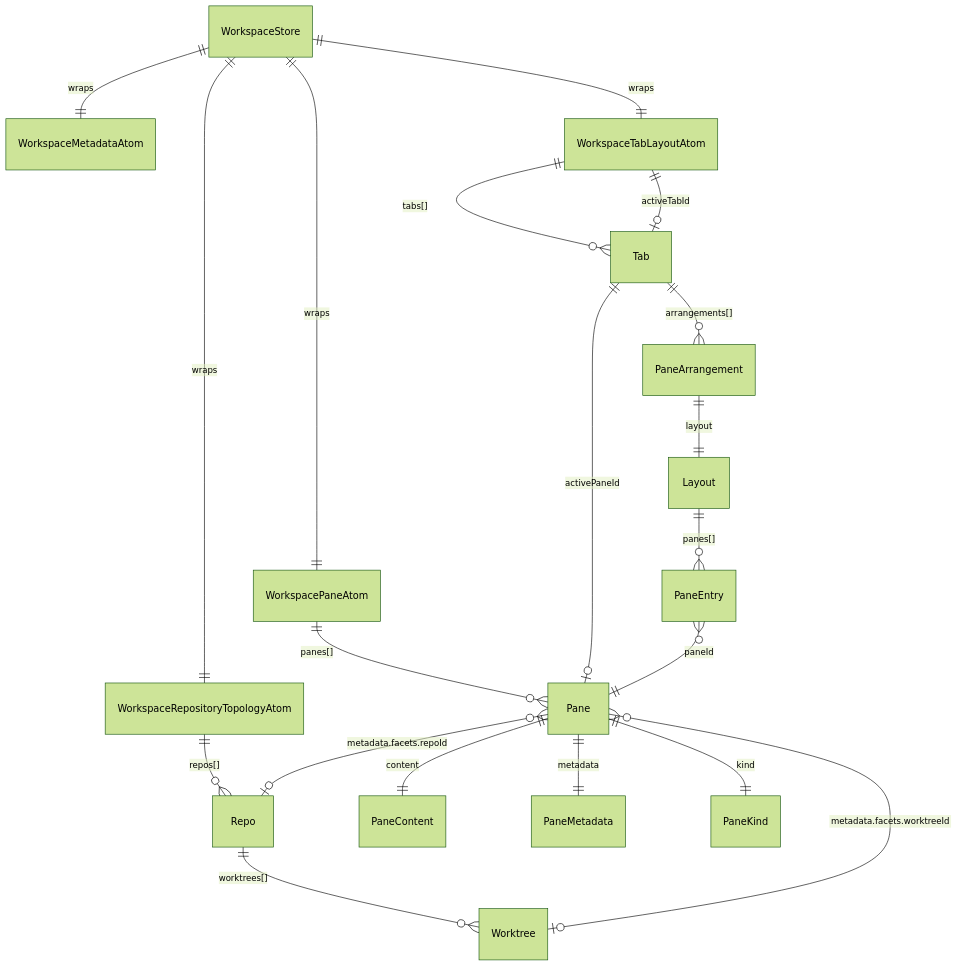
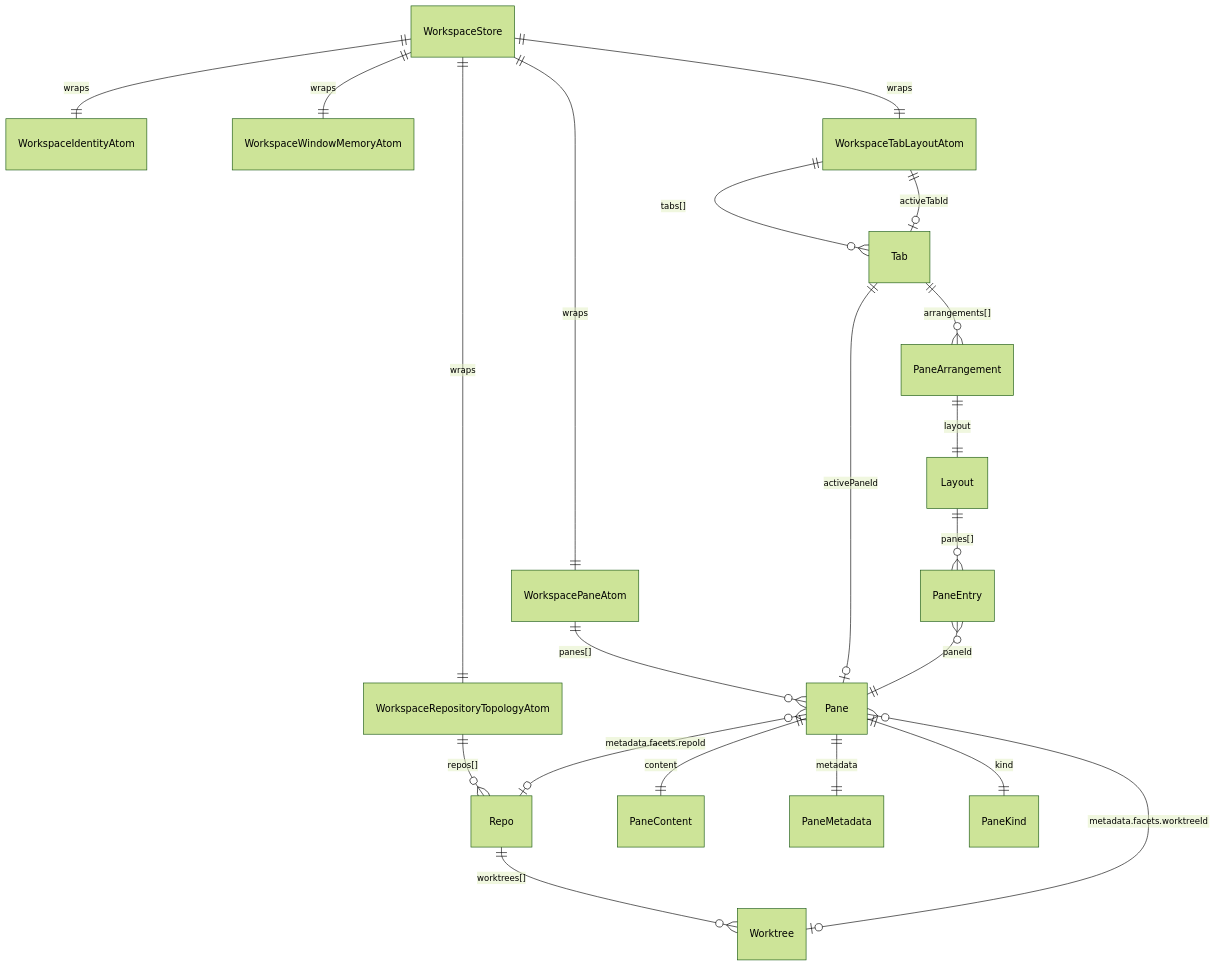
The first of 3 diagrams in docs/architecture/component_architecture.md (ShravanSunder/agentstudio), drawn with Mermaid (forest theme) before and after one commit. The commit also changed other lines of this file and 24 other files, not shown here.

Commit message:
Split workspace identity and window memory atoms

````diff
--- a/docs/architecture/component_architecture.md
+++ b/docs/architecture/component_architecture.md
@@ -71,28 +71,29 @@
 ```mermaid
 erDiagram
-    WorkspaceStore ||--|| WorkspaceMetadataAtom : "wraps"
+    WorkspaceStore ||--|| WorkspaceIdentityAtom : "wraps"
+    WorkspaceStore ||--|| WorkspaceWindowMemoryAtom : "wraps"
     WorkspaceStore ||--|| WorkspaceRepositoryTopologyAtom : "wraps"
     WorkspaceStore ||--|| WorkspacePaneAtom : "wraps"
     WorkspaceStore ||--|| WorkspaceTabLayoutAtom : "wraps"
 
     WorkspaceRepositoryTopologyAtom ||--o{ Repo : "repos[]"
     Repo ||--o{ Worktree : "worktrees[]"
 
     WorkspacePaneAtom ||--o{ Pane : "panes[]"
     WorkspaceTabLayoutAtom ||--o{ Tab : "tabs[]"
     WorkspaceTabLayoutAtom ||--o| Tab : "activeTabId"
 
     Tab ||--o{ PaneArrangement : "arrangements[]"
     Tab ||--o| Pane : "activePaneId"
 
     PaneArrangement ||--|| Layout : "layout"
     Layout ||--o{ PaneEntry : "panes[]"
     PaneEntry }o--|| Pane : "paneId"
 
     Pane ||--|| PaneContent : "content"
     Pane ||--|| PaneMetadata : "metadata"
     Pane ||--|| PaneKind : "kind"
 
     Pane }o--o| Worktree : "metadata.facets.worktreeId"
     Pane }o--o| Repo : "metadata.facets.repoId"
 ```
````
